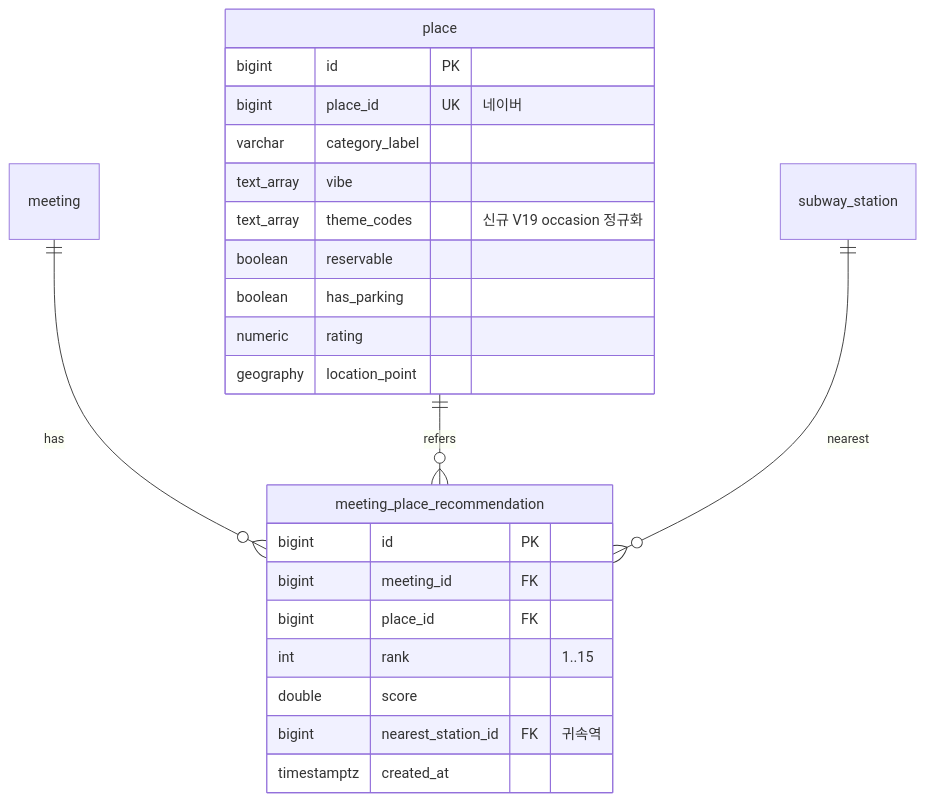
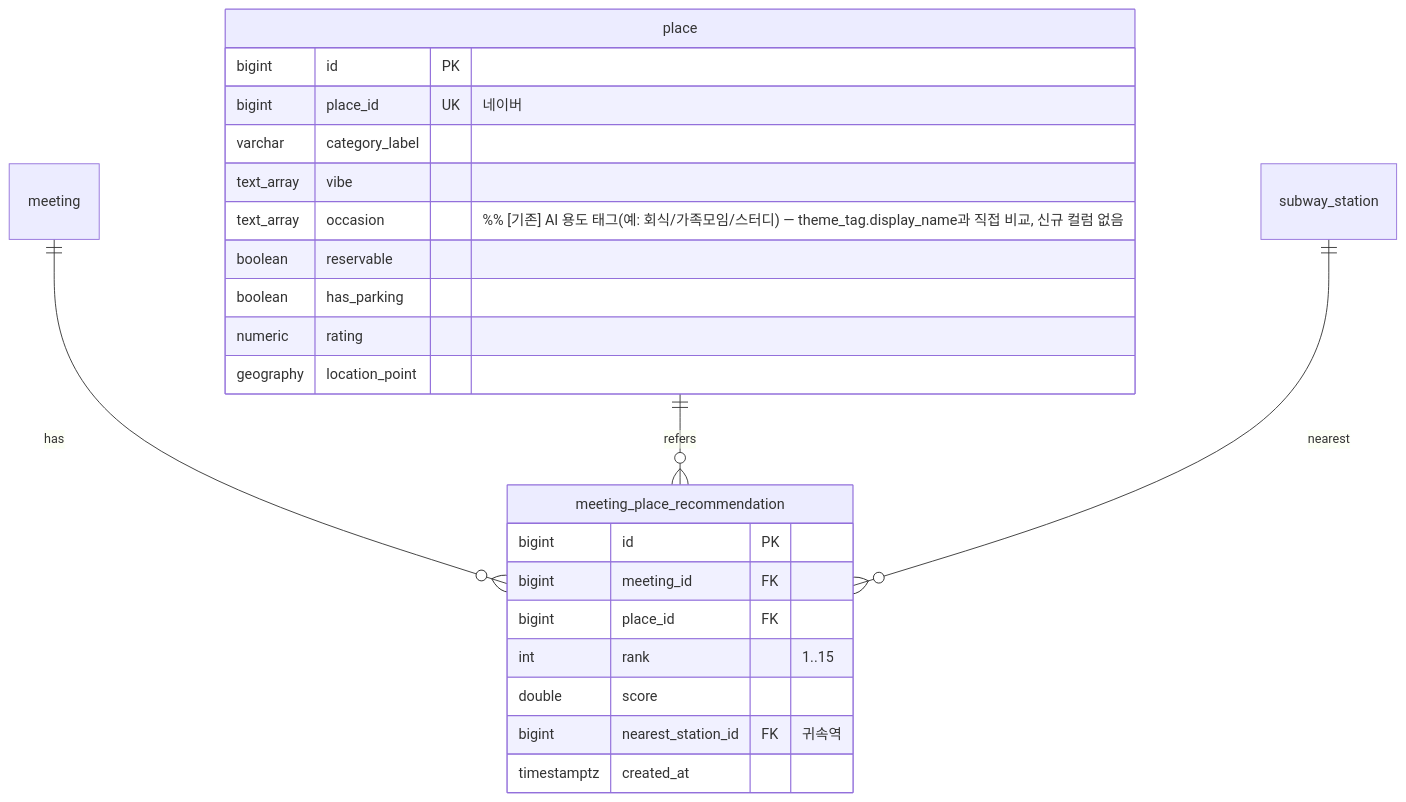
Before and after one commit to DDD-Community/DDD-13-IOS2-Server: the diagram in aidlc-docs/construction/review/fc8/erd.md, drawn with Mermaid. The commit also changed other lines of this file and 72 other files, not shown here.

````diff
--- a/aidlc-docs/construction/review/fc8/erd.md
+++ b/aidlc-docs/construction/review/fc8/erd.md
@@ -3,27 +3,27 @@
 ```mermaid
 erDiagram
     meeting ||--o{ meeting_place_recommendation : has
     place ||--o{ meeting_place_recommendation : refers
     subway_station ||--o{ meeting_place_recommendation : nearest
 
     place {
         bigint id PK
         bigint place_id UK "네이버"
         varchar category_label
         text_array vibe
-        text_array theme_codes "신규 V19 occasion 정규화"
+        text_array occasion "%% [기존] AI 용도 태그(예: 회식/가족모임/스터디) — theme_tag.display_name과 직접 비교, 신규 컬럼 없음"
         boolean reservable
         boolean has_parking
         numeric rating
         geography location_point
     }
     meeting_place_recommendation {
         bigint id PK
         bigint meeting_id FK
         bigint place_id FK
         int rank "1..15"
         double score
         bigint nearest_station_id FK "귀속역"
         timestamptz created_at
     }
 ```
````
